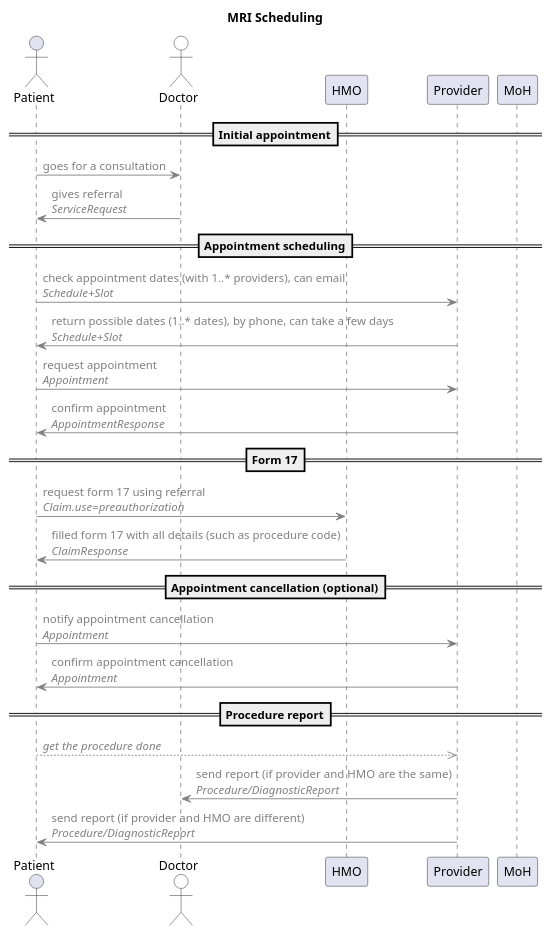
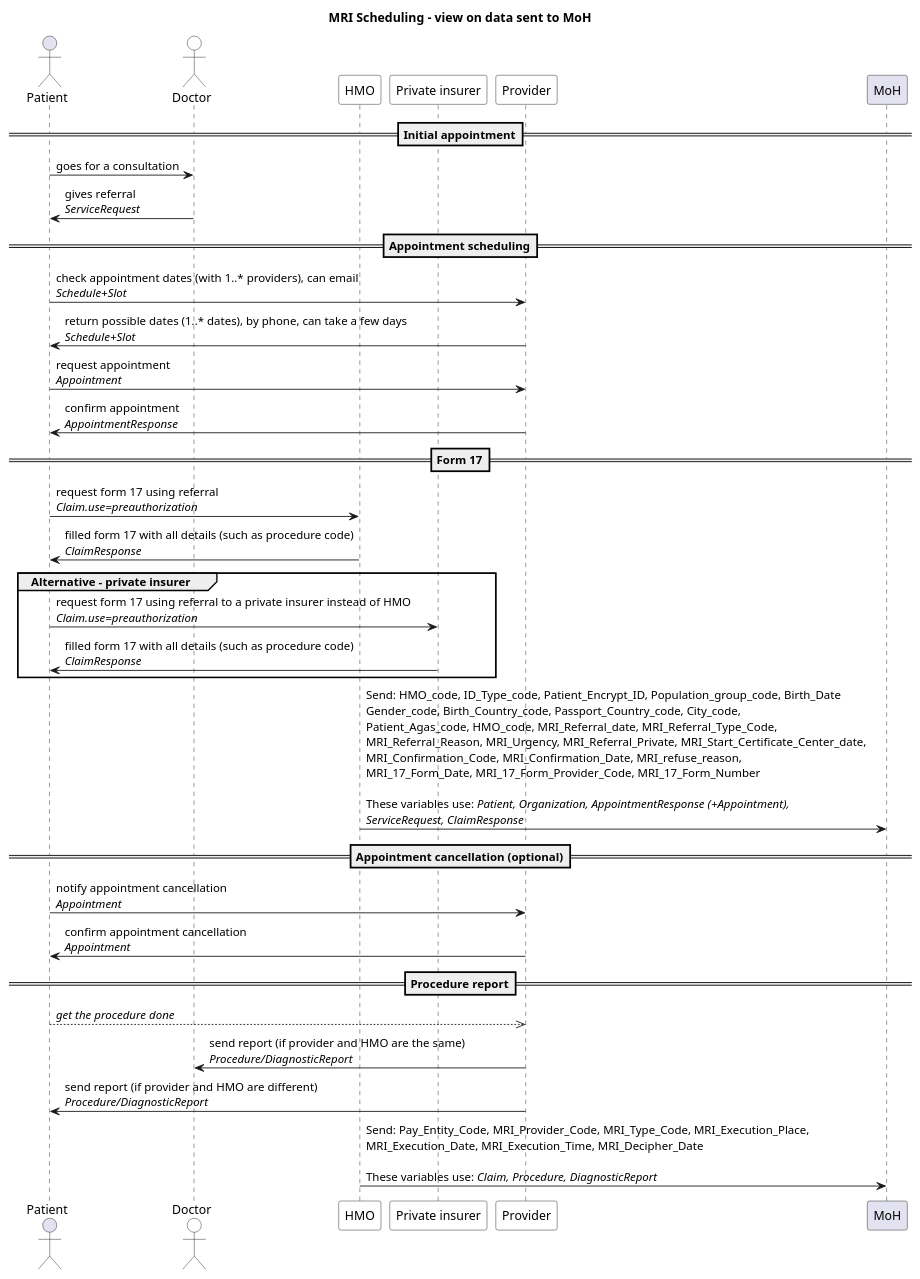
The diagram in input/images-source/workflow-with-moh.plantuml (vadi2/MRI-Scheduling), drawn with PlantUML before and after one commit.

Commit message:
Document HMO data that is sent to MoH

```diff
--- a/input/images-source/workflow-with-moh.plantuml
+++ b/input/images-source/workflow-with-moh.plantuml
@@ -1,38 +1,46 @@
 @startuml
 'see documentation at https://plantuml.com/sequence-diagram
 
-title "MRI Scheduling"
+title "MRI Scheduling - view on data sent to MoH"
 
 actor Patient
 actor Doctor #white
-participant HMO
-participant Provider
+participant HMO #white 
+participant "Private insurer" #white
+participant Provider #white
 participant MoH
 
 == Initial appointment==
-Patient -[#grey]> Doctor: <color #grey>goes for a consultation</color>
-Doctor -[#grey]> Patient: <color #grey>gives referral</color>\n//<color #grey>ServiceRequest</color>//
+Patient -> Doctor: goes for a consultation
+Doctor -> Patient: gives referral\n//ServiceRequest//
 
 == Appointment scheduling==
-Patient -[#grey]> Provider: <color #grey>check appointment dates (with 1..* providers), can email</color>\n//<color #grey>Schedule+Slot</color>//
-Provider -[#grey]> Patient: <color #grey>return possible dates (1..* dates), by phone, can take a few days</color>\n//<color #grey>Schedule+Slot</color>//
-Patient -[#grey]> Provider: <color #grey>request appointment</color>\n//<color #grey>Appointment</color>//
-Provider -[#grey]> Patient: <color #grey>confirm appointment</color>\n//<color #grey>AppointmentResponse</color>//
+Patient -> Provider: check appointment dates (with 1..* providers), can email\n//Schedule+Slot//
+Provider -> Patient: return possible dates (1..* dates), by phone, can take a few days\n//Schedule+Slot//
+Patient -> Provider: request appointment\n//Appointment//
+Provider -> Patient: confirm appointment\n//AppointmentResponse//
 
 == Form 17==
-Patient -[#grey]> HMO: <color #grey>request form 17 using referral</color>\n//<color #grey>Claim.use=preauthorization</color>//
-HMO -[#grey]> Patient: <color #grey>filled form 17 with all details (such as procedure code)</color>\n//<color #grey>ClaimResponse</color>//
+Patient -> HMO: request form 17 using referral\n//Claim.use=preauthorization//
+HMO -> Patient: filled form 17 with all details (such as procedure code)\n//ClaimResponse//
 
-' HMO can say no, then the patient needs to do the appointment scheduling once again
-' update the graph
+Group Alternative - private insurer
+  Patient -> "Private insurer": request form 17 using referral to a private insurer instead of HMO\n//Claim.use=preauthorization//
+  "Private insurer" -> Patient: filled form 17 with all details (such as procedure code)\n//ClaimResponse//
+end
+
+HMO -> MoH: Send: HMO_code, ID_Type_code, Patient_Encrypt_ID, Population_group_code, Birth_Date \nGender_code, Birth_Country_code, Passport_Country_code, City_code, \nPatient_Agas_code, HMO_code, MRI_Referral_date, MRI_Referral_Type_Code, \nMRI_Referral_Reason, MRI_Urgency, MRI_Referral_Private, MRI_Start_Certificate_Center_date,  \nMRI_Confirmation_Code, MRI_Confirmation_Date, MRI_refuse_reason, \nMRI_17_Form_Date, MRI_17_Form_Provider_Code, MRI_17_Form_Number \n\nThese variables use: //Patient, Organization, AppointmentResponse (+Appointment), //\n//ServiceRequest, ClaimResponse//
+
 
 == Appointment cancellation (optional)==
-Patient -[#grey]> Provider: <color #grey>notify appointment cancellation</color>\n//<color #grey>Appointment</color>//
-Provider -[#grey]> Patient: <color #grey>confirm appointment cancellation</color>\n//<color #grey>Appointment</color>//
+Patient -> Provider: notify appointment cancellation\n//Appointment//
+Provider -> Patient: confirm appointment cancellation\n//Appointment//
 
 == Procedure report==
-Patient --[#grey]>> Provider: <color #grey>//get the procedure done//
-Provider -[#grey]> Doctor: <color #grey>send report (if provider and HMO are the same)</color>\n//<color #grey>Procedure/DiagnosticReport</color>//
-Provider -[#grey]> Patient: <color #grey>send report (if provider and HMO are different)</color>\n//<color #grey>Procedure/DiagnosticReport</color>//
+Patient -->> Provider: //get the procedure done//
+Provider -> Doctor: send report (if provider and HMO are the same)\n//Procedure/DiagnosticReport//
+Provider -> Patient: send report (if provider and HMO are different)\n//Procedure/DiagnosticReport//
+
+HMO -> MoH: Send: Pay_Entity_Code, MRI_Provider_Code, MRI_Type_Code, MRI_Execution_Place, \nMRI_Execution_Date, MRI_Execution_Time, MRI_Decipher_Date \n\nThese variables use: //Claim, Procedure, DiagnosticReport//
 
 @enduml
```
